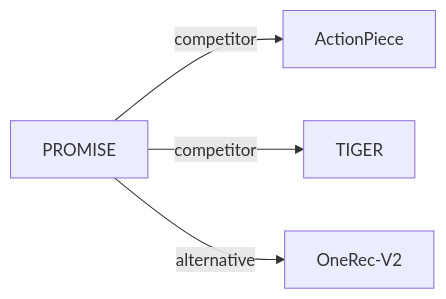
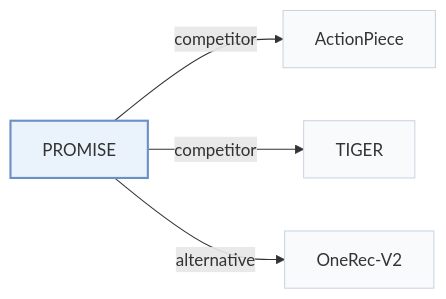
The second of 2 diagrams in pages/papers/promise.md (Galaxy-ghost/Awesome-SID-Generative-Rec), drawn with Mermaid before and after one commit. The commit also changed other lines of this file and 649 other files, not shown here.

Commit message:
writer-05: also tags and modality index (schema, check, build, visuals); summary field removed; calibration data for 12 papers

````diff
--- a/pages/papers/promise.md
+++ b/pages/papers/promise.md
@@ -67,7 +74,11 @@
 ```mermaid
 flowchart LR
     P["PROMISE"]
-    P -->|competitor| A["ActionPiece"]
-    P -->|competitor| B["TIGER"]
-    P -->|alternative| C["OneRec-V2"]
+    P -->|"competitor"| A["ActionPiece"]
+    P -->|"competitor"| B["TIGER"]
+    P -->|"alternative"| C["OneRec-V2"]
+    classDef main fill:#eaf2fb,stroke:#6b8fc7,stroke-width:2px
+    classDef peer fill:#f8fafc,stroke:#cbd5e1
+    class P main
+    class A,B,C peer
 ```
````
